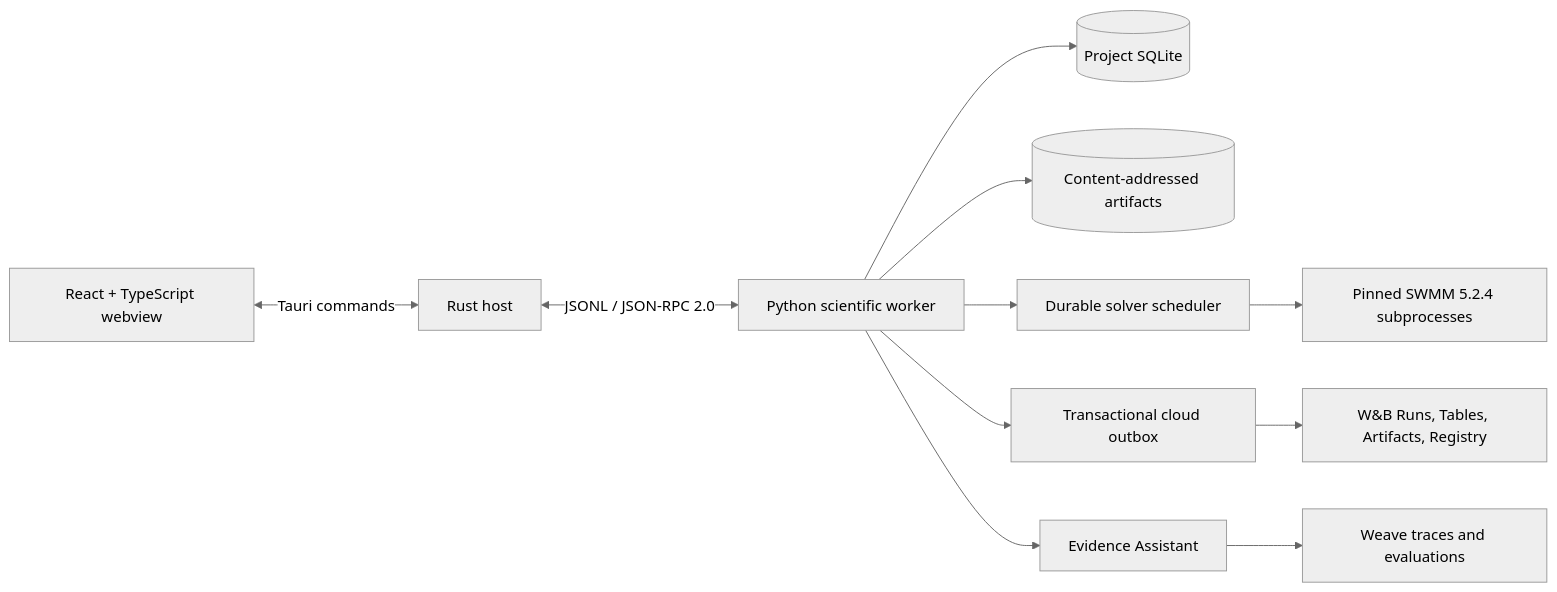
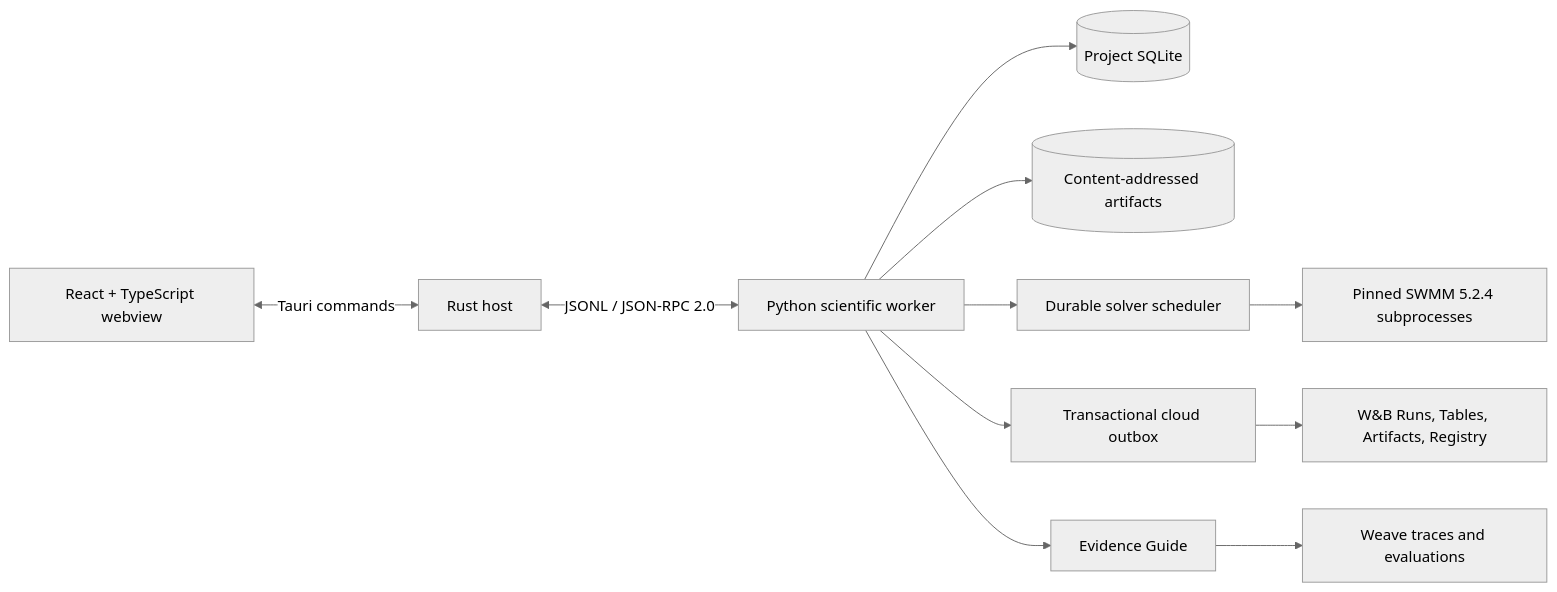
Before and after one commit to ash0ts/gi-scenario-studio: the first of 2 diagrams in docs/platform-architecture.md, drawn with Mermaid (neutral theme). The commit also changed other lines of this file and 992 other files, not shown here.

Commit message:
feat(evidence-guide): add counterfactual Forge Inference evaluation study and modernized article

````diff
--- a/docs/platform-architecture.md
+++ b/docs/platform-architecture.md
@@ -23,13 +25,13 @@
 ```mermaid
 flowchart LR
     UI["React + TypeScript webview"] <-->|"Tauri commands"| HOST["Rust host"]
     HOST <-->|"JSONL / JSON-RPC 2.0"| WORKER["Python scientific worker"]
     WORKER --> DB[("Project SQLite")]
     WORKER --> BLOBS[("Content-addressed artifacts")]
     WORKER --> RUNNER["Durable solver scheduler"]
     RUNNER --> SWMM["Pinned SWMM 5.2.4 subprocesses"]
     WORKER --> OUTBOX["Transactional cloud outbox"]
     OUTBOX --> WB["W&B Runs, Tables, Artifacts, Registry"]
-    WORKER --> ASSIST["Evidence Assistant"]
+    WORKER --> ASSIST["Evidence Guide"]
     ASSIST --> WEAVE["Weave traces and evaluations"]
 ```
````
